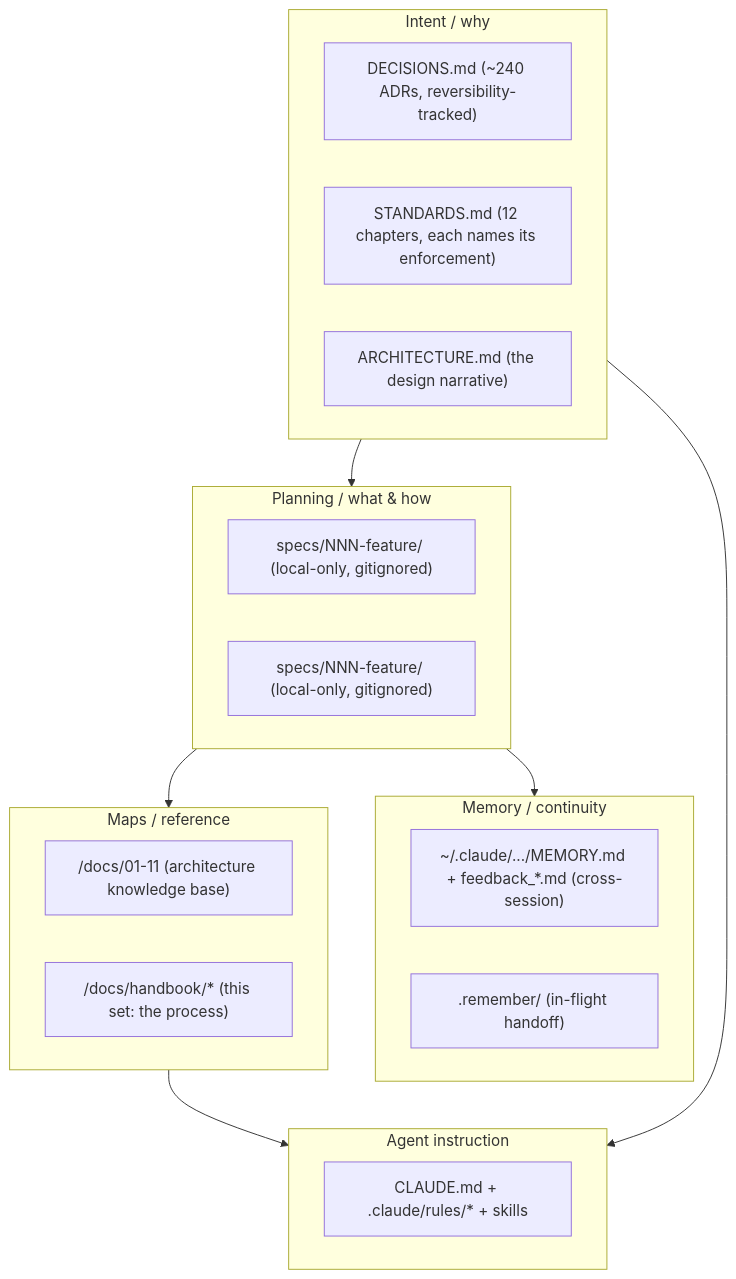
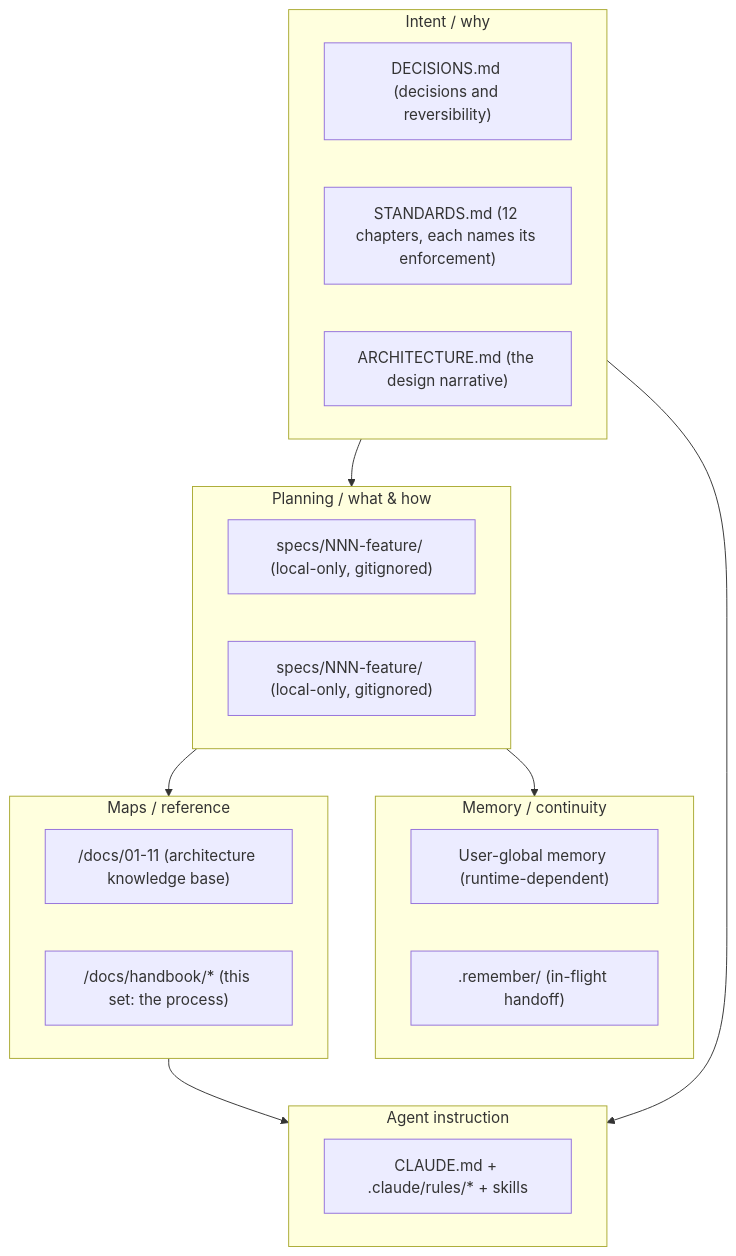
The first of 2 diagrams in docs/handbook/knowledge-architecture.md (erikunha/portfolio), drawn with Mermaid before and after one commit. The commit also changed other lines of this file and 10 other files, not shown here.

````diff
--- a/docs/handbook/knowledge-architecture.md
+++ b/docs/handbook/knowledge-architecture.md
@@ -7,27 +7,27 @@
 ```mermaid
 flowchart TD
     subgraph intent["Intent / why"]
-        adr["DECISIONS.md (~240 ADRs, reversibility-tracked)"]
+        adr["DECISIONS.md (decisions and reversibility)"]
         std["STANDARDS.md (12 chapters, each names its enforcement)"]
         arch["ARCHITECTURE.md (the design narrative)"]
     end
     subgraph plan["Planning / what & how"]
         specs["specs/NNN-feature/ (local-only, gitignored)"]
         plans["specs/NNN-feature/ (local-only, gitignored)"]
     end
     subgraph maps["Maps / reference"]
         kb["/docs/01-11 (architecture knowledge base)"]
         hb["/docs/handbook/* (this set: the process)"]
     end
     subgraph agent["Agent instruction"]
         cl["CLAUDE.md + .claude/rules/* + skills"]
     end
     subgraph memory["Memory / continuity"]
-        mem["~/.claude/.../MEMORY.md + feedback_*.md (cross-session)"]
+        mem["User-global memory (runtime-dependent)"]
         rem[".remember/ (in-flight handoff)"]
     end
     intent --> plan --> maps
     intent --> agent
     maps --> agent
     plan --> memory
 ```
````
